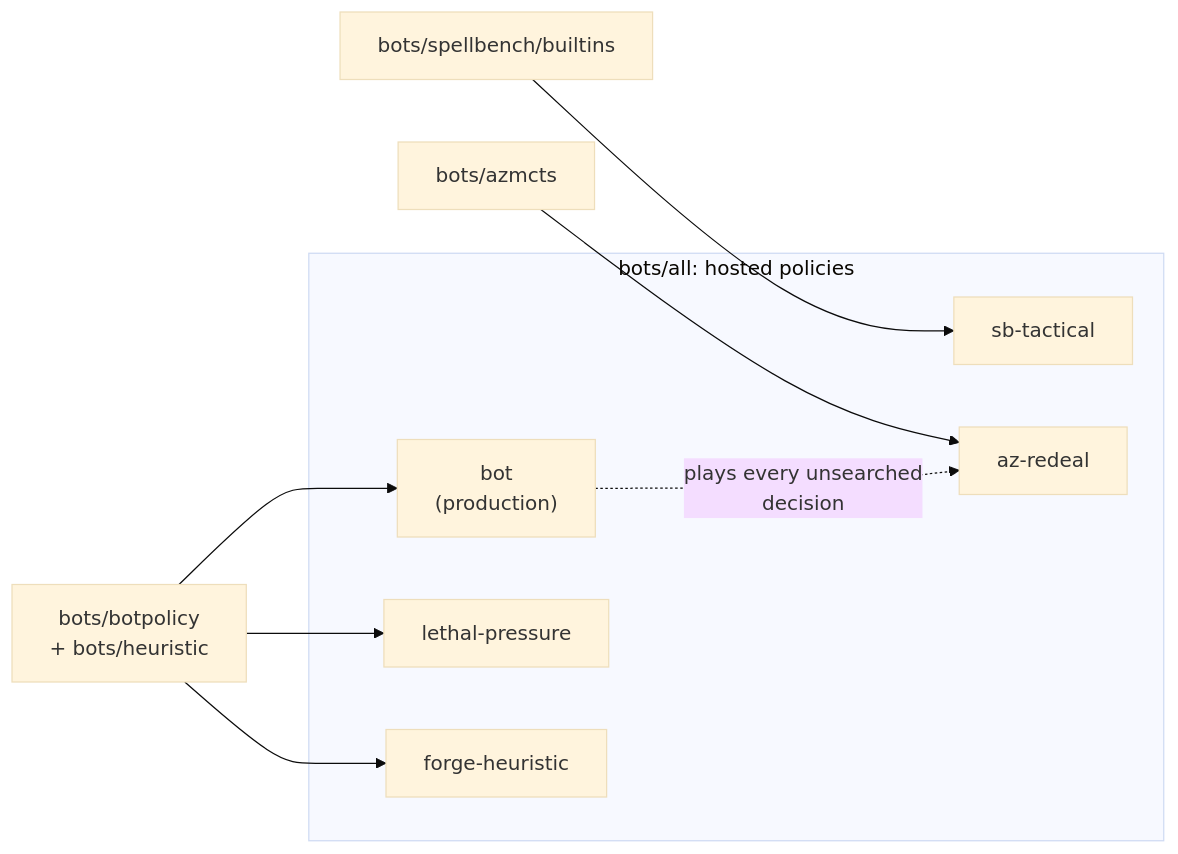
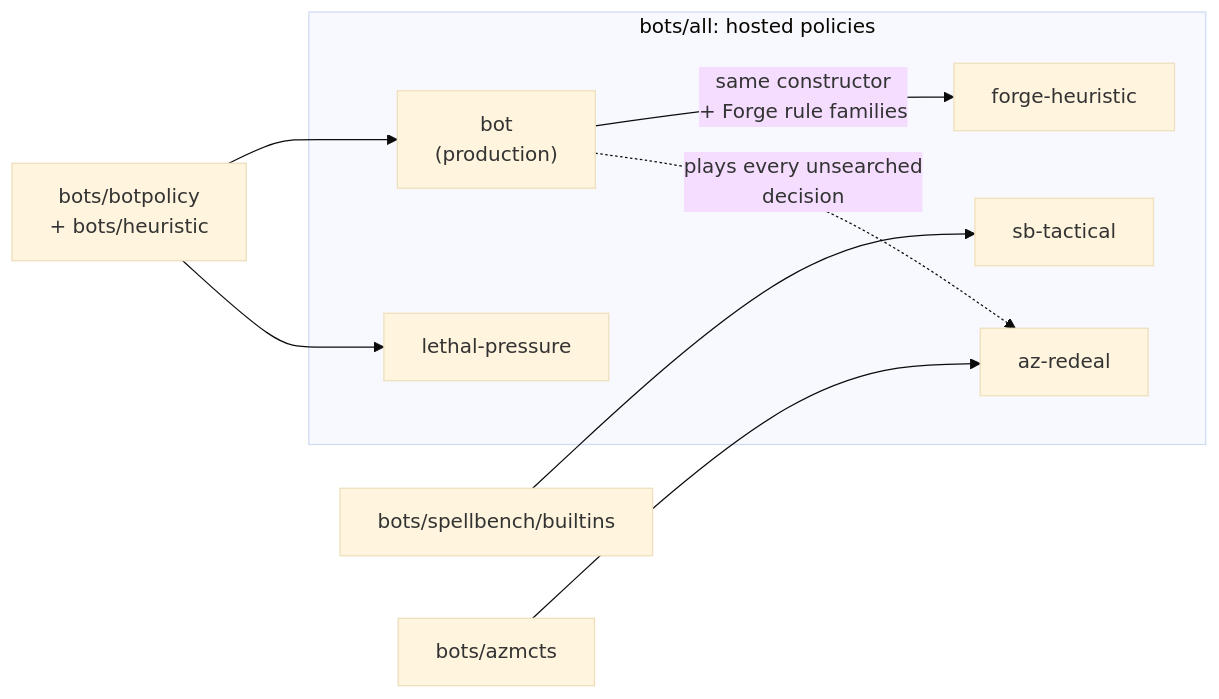
One commit to adams-shaun/gorge changed the diagram in docs/site/performance/bots.md. Above: the diagram before and after it, drawn with Mermaid (base theme). The commit also changed other lines of this file and 8 other files, not shown here.

````diff
--- a/docs/site/performance/bots.md
+++ b/docs/site/performance/bots.md
@@ -19,16 +22,16 @@
 ```mermaid
 flowchart LR
   subgraph registered["bots/all: hosted policies"]
     bot["bot<br/>(production)"]
     lp["lethal-pressure"]
     fh["forge-heuristic"]
     sbt["sb-tactical"]
     az["az-redeal"]
   end
   bp["bots/botpolicy<br/>+ bots/heuristic"] --> bot
   bp --> lp
-  bp --> fh
+  bot -- "same constructor<br/>+ Forge rule families" --> fh
   sb["bots/spellbench/builtins"] --> sbt
   mcts["bots/azmcts"] --> az
   bot -. "plays every unsearched<br/>decision" .-> az
 ```
````
